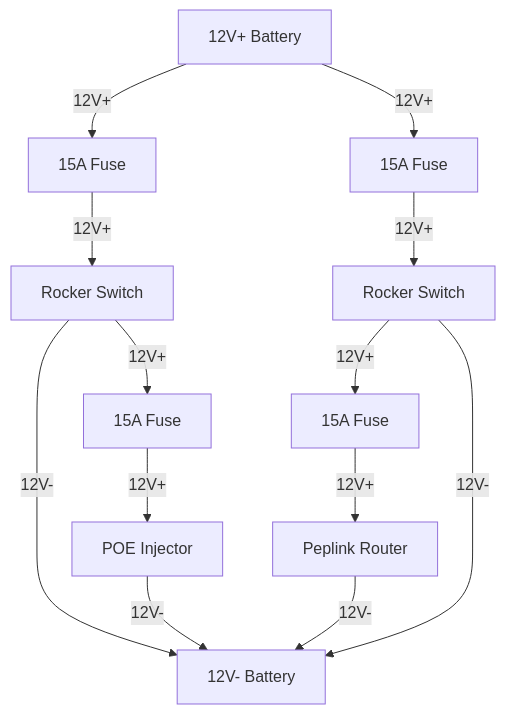
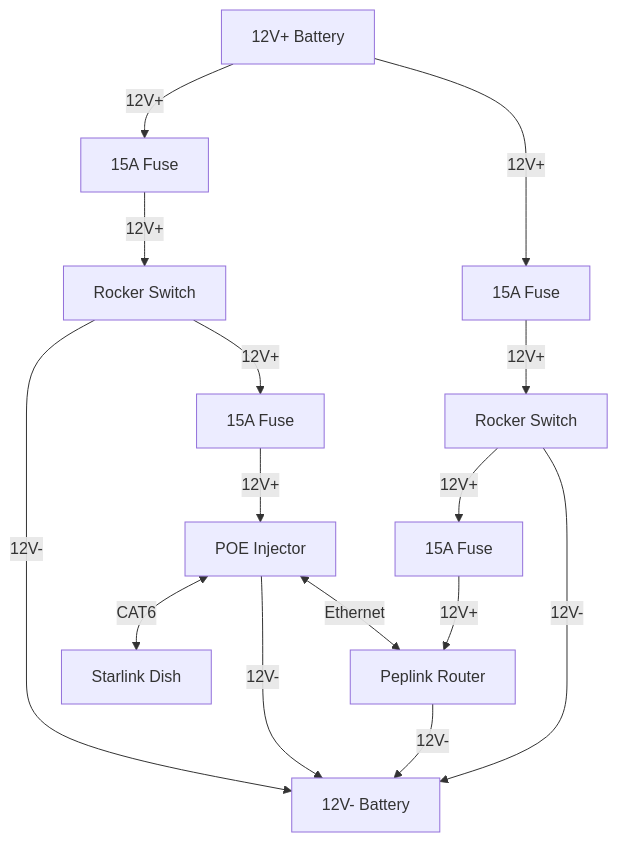
The diagram in docs/blog/posts/2024-10-07-starlink-mobile.md (LandonTClipp/LandonTClipp.github.io), drawn with Mermaid before and after one commit. The commit also changed other lines of this file, not shown here.

````diff
--- a/docs/blog/posts/2024-10-07-starlink-mobile.md
+++ b/docs/blog/posts/2024-10-07-starlink-mobile.md
@@ -177,28 +177,31 @@
 ```mermaid
 flowchart TD
     12V+[12V+ Battery]
     12V-[12V- Battery]
     Fuse1[15A Fuse]
     Fuse2[15A Fuse]
     Fuse3[15A Fuse]
     Fuse4[15A Fuse]
     RockerSwitch[Rocker Switch]
     RockerSwitch2[Rocker Switch]
     POE[POE Injector]
     Router[Peplink Router]
+    Starlink[Starlink Dish]
 
     12V+ -->|12V+| Fuse1
     Fuse1 -->|12V+| RockerSwitch
     RockerSwitch -->|12V+| Fuse2
     Fuse2 -->|12V+| POE
     RockerSwitch -->|12V-| 12V-
     POE -->|12V-| 12V-
-
+    POE <-->|Ethernet| Router
+    POE <-->|CAT6| Starlink
+    
     12V+ -->|12V+| Fuse3
     Fuse3 -->|12V+| RockerSwitch2
     RockerSwitch2 -->|12V+| Fuse4
     Fuse4 -->|12V+| Router
     Router -->|12V-| 12V-
+    
     RockerSwitch2 -->|12V-| 12V-
-
 ```
````
